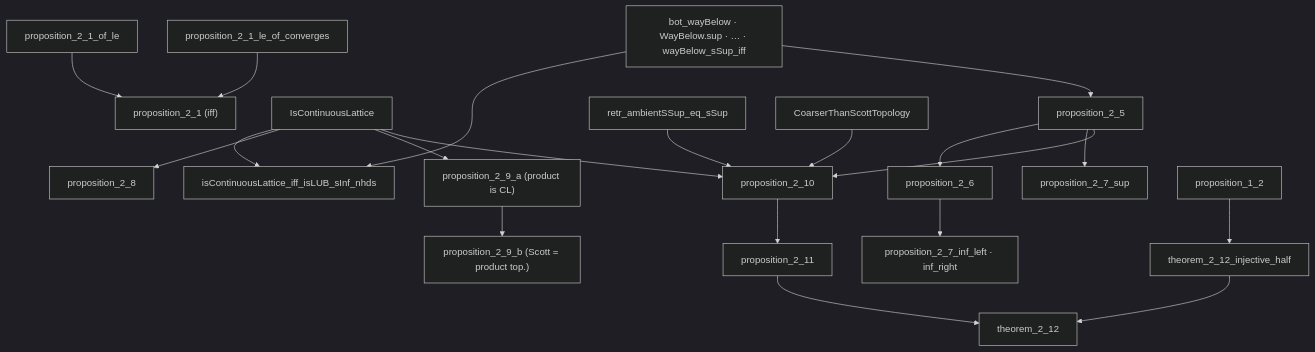
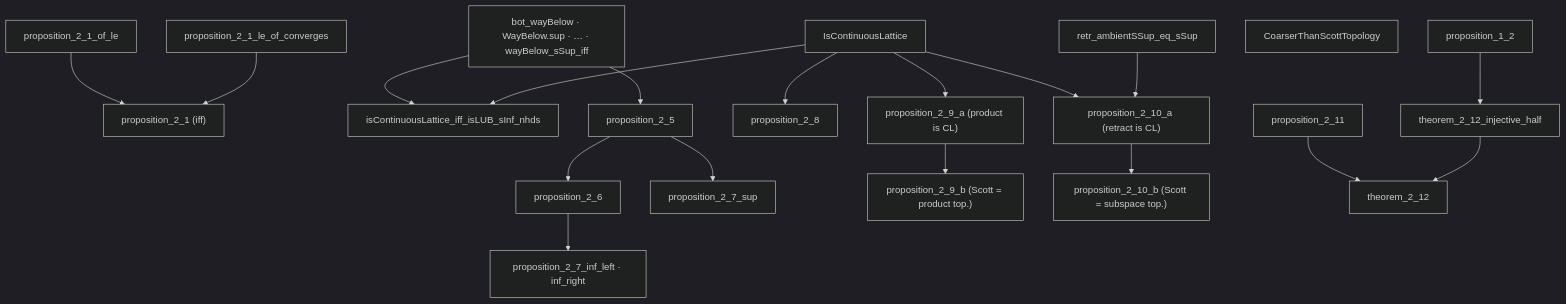
One commit to catskillsresearch/domain_theory changed the fourth of 8 diagrams in arxiv.md. Above: the diagram before and after it, drawn with Mermaid (dark theme). The commit also changed other lines of this file and 1 other file, not shown here.

````diff
--- a/arxiv.md
+++ b/arxiv.md
@@ -263,42 +264,41 @@
 ```mermaid
 flowchart TD
   P22["bot_wayBelow · WayBelow.sup · … · wayBelow_sSup_iff"]
   P21b["proposition_2_1_of_le"]
   P21f["proposition_2_1_le_of_converges"]
   P21["proposition_2_1 (iff)"]
   D23["IsContinuousLattice"]
   P24["isContinuousLattice_iff_isLUB_sInf_nhds"]
   P25["proposition_2_5"]
   P26["proposition_2_6"]
   P27s["proposition_2_7_sup"]
   P27i["proposition_2_7_inf_left · inf_right"]
   P28["proposition_2_8"]
   P29a["proposition_2_9_a (product is CL)"]
   P29b["proposition_2_9_b (Scott = product top.)"]
-  P210["proposition_2_10"]
+  P210a["proposition_2_10_a (retract is CL)"]
+  P210b["proposition_2_10_b (Scott = subspace top.)"]
   P210L["retr_ambientSSup_eq_sSup"]
   P211["proposition_2_11"]
   T212["theorem_2_12"]
   T212h["theorem_2_12_injective_half"]
   MIL["CoarserThanScottTopology"]
 
   P22 --> P24
   D23 --> P24
   P22 --> P25
   P25 --> P26
   P26 --> P27i
   P25 --> P27s
   D23 --> P28
   D23 --> P29a
   P29a --> P29b
-  D23 --> P210
-  P25 --> P210
-  MIL --> P210
-  P210L --> P210
-  P210 --> P211
+  D23 --> P210a
+  P210L --> P210a
+  P210a --> P210b
   P211 --> T212
   P12["proposition_1_2"] --> T212h
   T212h --> T212
   P21b --> P21
   P21f --> P21
 ```
````
